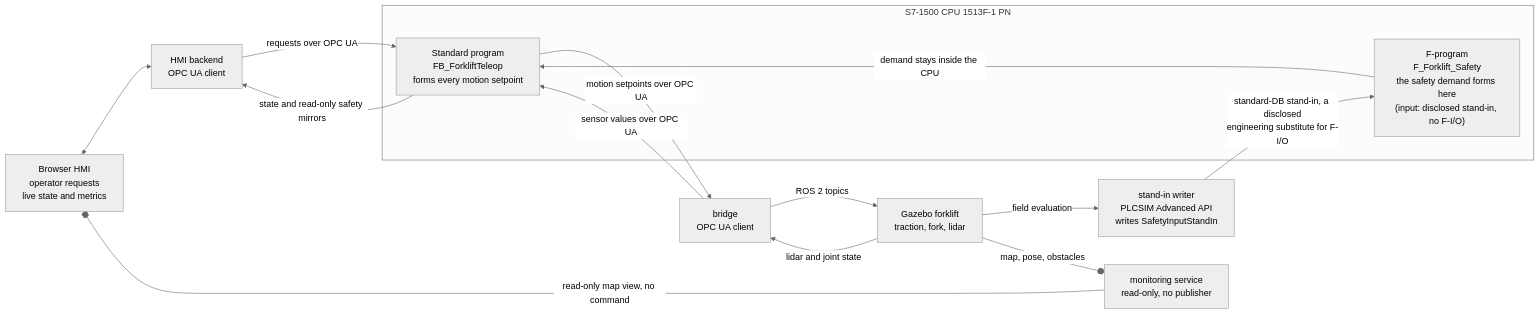
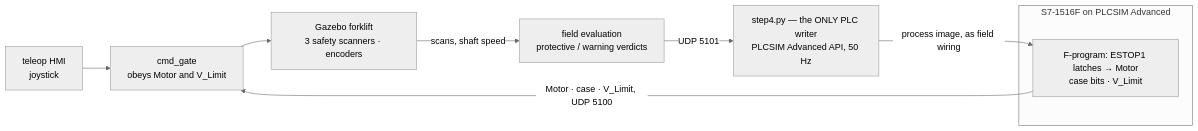
Before and after one commit to ozkannceylan/amr-agent: the diagram in README.md, drawn with Mermaid (neutral theme). The commit also changed other lines of this file and 2 other files, not shown here.

First line of the commit message:
docs: the README and RUNBOOK tell the safety loop's story

````diff
--- a/README.md
+++ b/README.md
@@ -121,28 +75,18 @@
 ```mermaid
 flowchart LR
-    UI["Browser HMI<br/>operator requests<br/>live state and metrics"]
-    BE["HMI backend<br/>OPC UA client"]
+    HMI["teleop HMI<br/>joystick"]
+    GATE["cmd_gate<br/>obeys Motor and V_Limit"]
+    GZ["Gazebo forklift<br/>3 safety scanners · encoders"]
+    FE["field evaluation<br/>protective / warning verdicts"]
+    WR["step4.py — the ONLY PLC writer<br/>PLCSIM Advanced API, 50 Hz"]
 
-    subgraph CPU["S7-1500 CPU 1513F-1 PN"]
-        STD["Standard program<br/>FB_ForkliftTeleop<br/>forms every motion setpoint"]
-        SAFE["F-program<br/>F_Forklift_Safety<br/>the safety demand forms here<br/>(input: disclosed stand-in, no F-I/O)"]
+    subgraph CPU["S7-1516F on PLCSIM Advanced"]
+        F["F-program: ESTOP1 latches → Motor<br/>case bits · V_Limit"]
     end
 
-    BR["bridge<br/>OPC UA client"]
-    WR["stand-in writer<br/>PLCSIM Advanced API<br/>writes SafetyInputStandIn"]
-    GZ["Gazebo forklift<br/>traction, fork, lidar"]
-    MON["monitoring service<br/>read-only, no publisher"]
-
-    UI <--> BE
-    BE -->|requests over OPC UA| STD
-    STD -->|state and read-only safety mirrors| BE
-    STD -->|motion setpoints over OPC UA| BR
-    BR -->|ROS 2 topics| GZ
-    GZ -->|lidar and joint state| BR
-    BR -->|sensor values over OPC UA| STD
-    GZ -->|field evaluation| WR
-    WR -->|standard-DB stand-in, a disclosed<br/>engineering substitute for F-I/O| SAFE
-    SAFE -->|demand stays inside the CPU| STD
-    GZ --o|map, pose, obstacles| MON
-    MON --o|read-only map view, no command| UI
+    HMI --> GATE --> GZ
+    GZ -->|scans, shaft speed| FE
+    FE -->|UDP 5101| WR
+    WR -->|process image, as field wiring| F
+    F -->|Motor · case · V_Limit, UDP 5100| GATE
 ```
````
